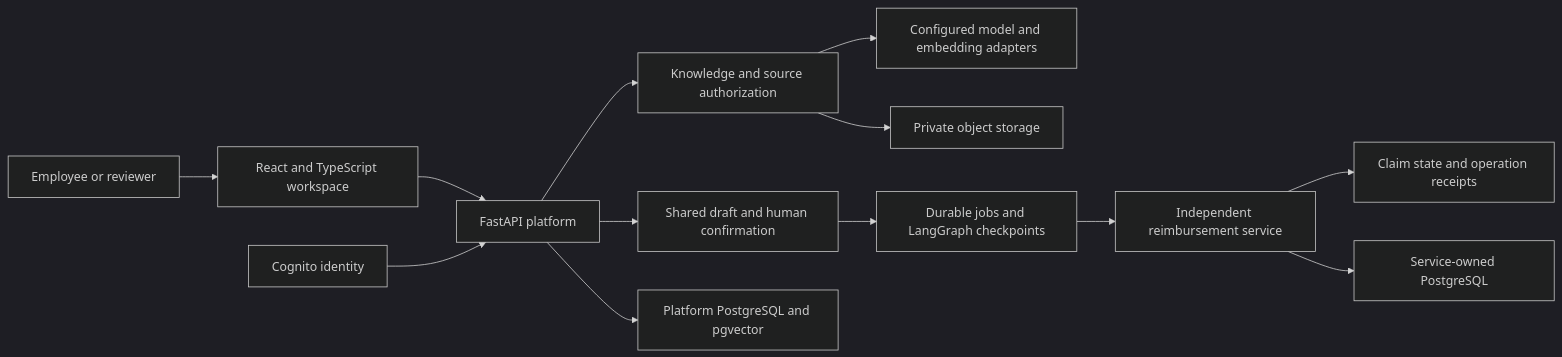
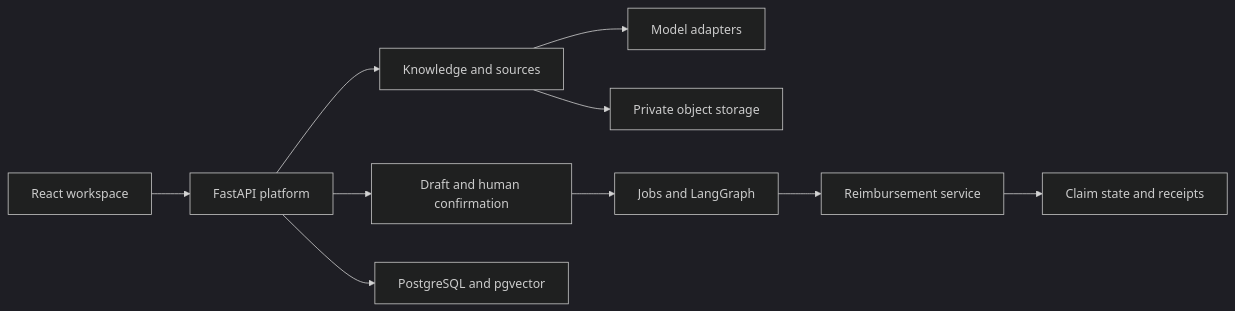
Before and after one commit to williamlo90/enterprise-ai-agent-platform: the diagram in README.md, drawn with Mermaid (dark theme). The commit also changed other lines of this file and 13 other files, not shown here.

````diff
--- a/README.md
+++ b/README.md
@@ -77,15 +45,12 @@
 ```mermaid
 flowchart LR
-    USER[Employee or reviewer] --> WEB[React and TypeScript workspace]
-    ID[Cognito identity] --> API[FastAPI platform]
-    WEB --> API
-    API --> KNOW[Knowledge and source authorization]
-    KNOW --> MODEL[Configured model and embedding adapters]
-    API --> DRAFT[Shared draft and human confirmation]
-    DRAFT --> JOB[Durable jobs and LangGraph checkpoints]
-    JOB --> REF[Independent reimbursement service]
-    REF --> RECEIPT[Claim state and operation receipts]
-    API --> DB[Platform PostgreSQL and pgvector]
-    REF --> RDB[Service-owned PostgreSQL]
-    KNOW --> FILE[Private object storage]
+    UI[React workspace] --> API[FastAPI platform]
+    API --> KNOW[Knowledge and sources]
+    KNOW --> AI[Model adapters]
+    API --> REVIEW[Draft and human confirmation]
+    REVIEW --> WORK[Jobs and LangGraph]
+    WORK --> REF[Reimbursement service]
+    API --> DB[PostgreSQL and pgvector]
+    KNOW --> FILES[Private object storage]
+    REF --> RESULT[Claim state and receipts]
 ```
````
